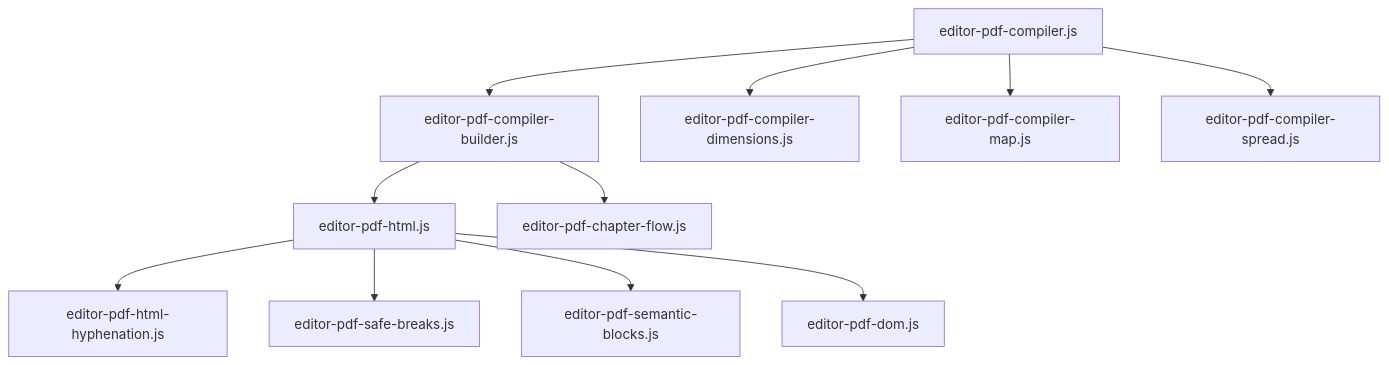
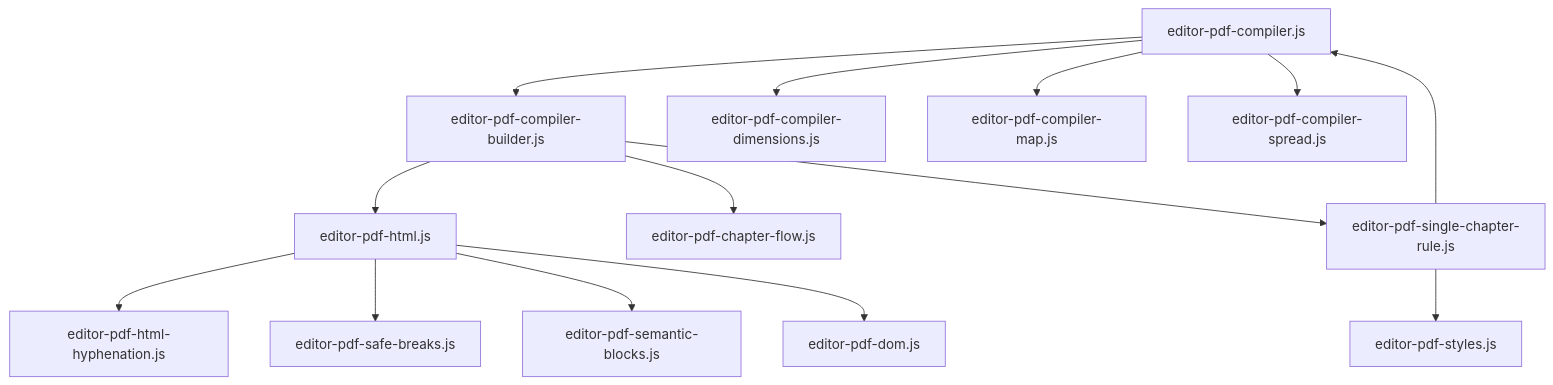
Before and after one commit to npavezibarra/almaden-bookster: the diagram in assets/js/pdf/core/README.md, drawn with Mermaid. The commit also changed other lines of this file and 7 other files, not shown here.

````diff
--- a/assets/js/pdf/core/README.md
+++ b/assets/js/pdf/core/README.md
@@ -19,18 +19,21 @@
 ```mermaid
 graph TD
     %% Inicialización y Orquestación
     Compiler[editor-pdf-compiler.js] --> Builder[editor-pdf-compiler-builder.js]
     Compiler --> Dimensions[editor-pdf-compiler-dimensions.js]
     Compiler --> Map[editor-pdf-compiler-map.js]
     Compiler --> Spread[editor-pdf-compiler-spread.js]
     
     %% Construcción de Contenido y Maquetación
     Builder --> HTML[editor-pdf-html.js]
     Builder --> Flow[editor-pdf-chapter-flow.js]
-    
+    Builder --> SingleRule[editor-pdf-single-chapter-rule.js]
+    SingleRule --> Compiler
+    SingleRule --> Styles[editor-pdf-styles.js]
+
     %% Procesamiento de Texto y Semántica
     HTML --> Hyphenation[editor-pdf-html-hyphenation.js]
     HTML --> SafeBreaks[editor-pdf-safe-breaks.js]
     HTML --> Semantic[editor-pdf-semantic-blocks.js]
     HTML --> DOM[editor-pdf-dom.js]
 ```
````
